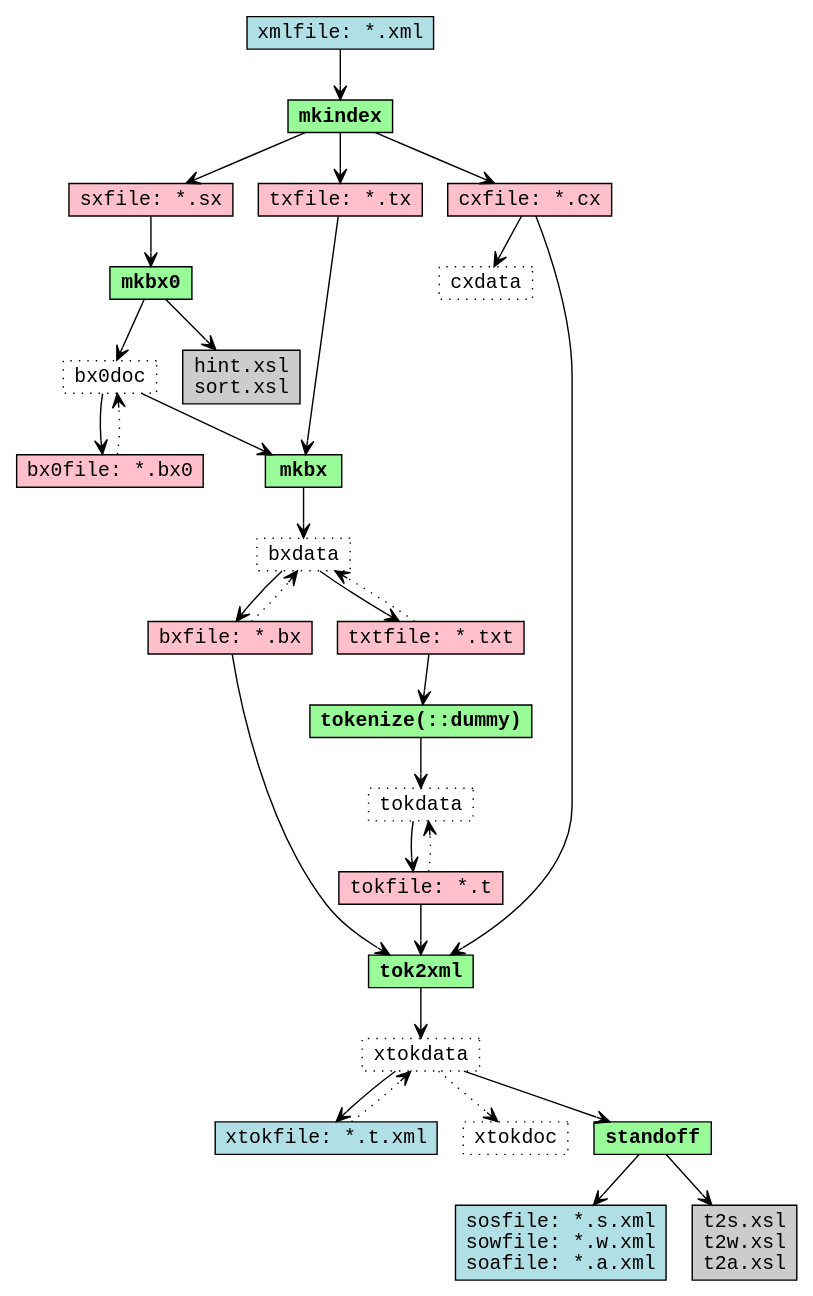
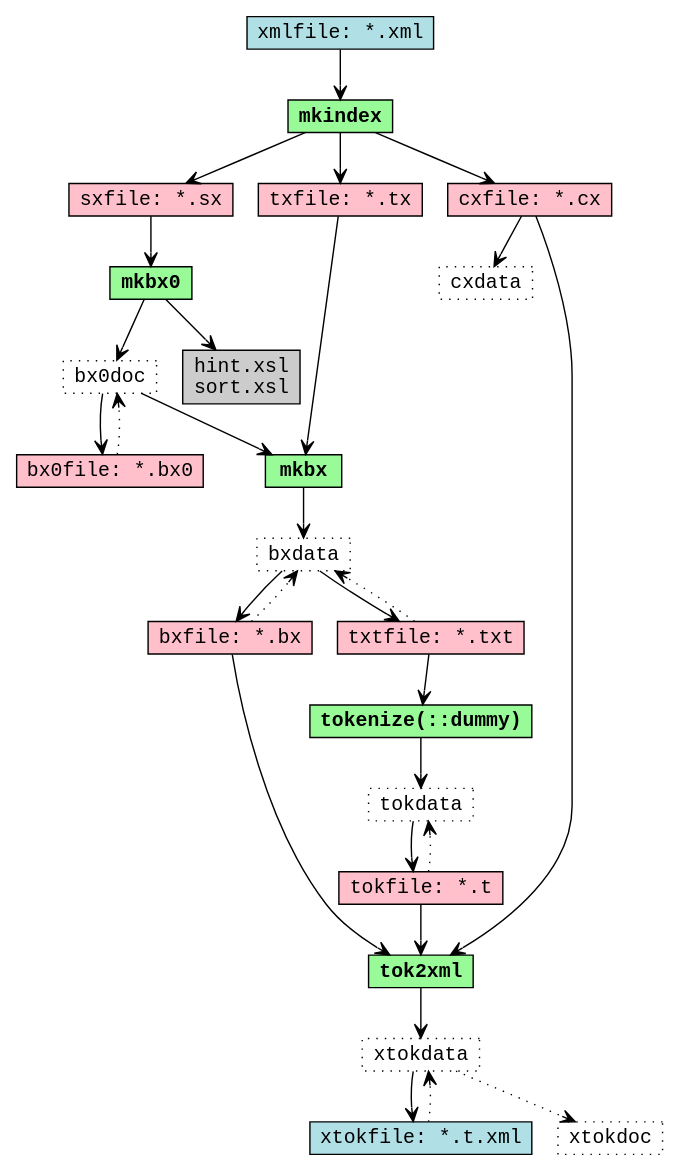
One commit to moocow-the-bovine/dta-tokwrap changed the diagram in doc/dot/dataflow-perl-doc.dot. Above: the diagram before and after it, drawn with Graphviz. The commit also changed 20 other files, not shown here.

```diff
--- a/doc/dot/dataflow-perl-doc.dot
+++ b/doc/dot/dataflow-perl-doc.dot
@@ -1,140 +1,142 @@
 /* -*- Mode: C -*- */
 digraph dataflow_perl_dockeys {
   node [shape=rectangle,style=filled,fillcolor=white,height=0.25,fontname="Courier"];
   edge [decorate=0,arrowhead=open,fontname="Courier"];
 
   xml [label="xmlfile: *.xml",fillcolor=PowderBlue];
 
   mkindex [label="mkindex",fillcolor=PaleGreen,fontname="Courier-Bold"];
   xml -> mkindex;
 
   sxfile [label="sxfile: *.sx",fillcolor=pink];
   txfile [label="txfile: *.tx",fillcolor=pink];
   cxfile [label="cxfile: *.cx",fillcolor=pink];
   mkindex -> cxfile;
   mkindex -> sxfile;
   mkindex -> txfile;
   {rank=same; cxfile sxfile txfile}
 
   cxdata [label="cxdata",style=dotted];
   cxfile -> cxdata;
 
   bx0doc [label="bx0doc",style=dotted];
   mkbx0 [label="mkbx0",fillcolor=PaleGreen,fontname="Courier-Bold"];
   sxfile -> mkbx0;
   mkbx0 -> bx0doc;
 
   bx0_xsl  [label="hint.xsl\nsort.xsl",fillcolor=grey80];
   mkbx0 -> bx0_xsl;
   
   bx0file [label="bx0file: *.bx0",fillcolor=pink];
   bx0doc -> bx0file;
   bx0file -> bx0doc [arrowhead=open,style=dotted];
 
   bxdata [label="bxdata",style=dotted];
   mkbx [label="mkbx",fillcolor=PaleGreen,fontname="Courier-Bold"];
   bx0doc -> mkbx;
   txfile -> mkbx;
   mkbx -> bxdata;
   //{rank=same; bxdata txtfile;}
   //{rank=same; mkbx bxfile;}
 
   bxfile [label="bxfile: *.bx",fillcolor=pink];
   txtfile [label="txtfile: *.txt",fillcolor=pink];
   bxdata -> bxfile;
   bxdata -> txtfile;
   bxfile -> bxdata [arrowhead=open,style=dotted];
   txtfile -> bxdata [arrowhead=open,style=dotted];
   //{rank=same; bxfile txtfile}
 
   tokdata [label="tokdata",style=dotted];
   tokenize [label="tokenize(::dummy)",fillcolor=PaleGreen,fontname="Courier-Bold",justify="left"];
   txtfile -> tokenize;
   tokenize -> tokdata;
 
   tokfile [label="tokfile: *.t",fillcolor=pink];
   tokdata -> tokfile;
   tokfile -> tokdata [arrowhead=open,style=dotted];
   //{rank=same; tokdata tokfile;}
 
   xtokdata [label="xtokdata",style=dotted];
   xtokfile [label="xtokfile: *.t.xml",fillcolor=PowderBlue];
   xtokdata -> xtokfile;
   xtokfile -> xtokdata [arrowhead=open,style=dotted];
 
   xtokdoc  [label="xtokdoc",style=dotted];
   xtokdata -> xtokdoc [arrowhead=open,style=dotted];
   //{rank=same; xtokdata xtokfile;}
 
   //-- old pure-perl tok2xml
   /*
   tok2xml [label="tok2xml",fillcolor=PaleGreen,fontname="Courier-Bold"];
   tokdata -> tok2xml;
   bxdata  -> tok2xml;
   cxdata  -> tok2xml;
   tok2xml -> xtokdata;
   //{rank=same; cxdata tokdata};
   */
 
   //-- tok2xml via c prog
   tok2xml_c[label="tok2xml",fillcolor=PaleGreen,fontname="Courier-Bold"];
   //{rank=same; tok2xml tok2xml_c};
   /*
   //-- input from files ; output to file
   bxfile -> tok2xml_c;
   cxfile -> tok2xml_c;
   tokfile -> tok2xml_c;
   tok2xml_c -> xtokfile;
   */
   //-- input from files ; output to xtokdata
   bxfile -> tok2xml_c;
   cxfile -> tok2xml_c;
   tokfile -> tok2xml_c;
   tok2xml_c -> xtokdata; //xtokfile;
   /* //-- input from files+tokdata ; output to file
   bxfile -> tok2xml_c;
   cxfile -> tok2xml_c;
   tokdata -> tok2xml_c;
   tok2xml_c -> xtokfile;
   */
   
 
+  /*
   //-- standoff via C progs
   standoff [label="standoff",fillcolor=PaleGreen,fontname="Courier-Bold"];
   xtokdata -> standoff;
 
   sofiles [label="sosfile: *.s.xml\nsowfile: *.w.xml\nsoafile: *.a.xml",fillcolor=PowderBlue];
   standoff -> sofiles;
 
   //-- standoff: xsl stylesheets (now obsolete)
   standoff_xsl [label="t2s.xsl\nt2w.xsl\nt2a.xsl",fillcolor=grey80];
   standoff -> standoff_xsl;
+  */
 
   //-- standoff via xsl
   /*
   standoff [label="standoff",fillcolor=PaleGreen,fontname="Courier-Bold"];
   xtokdoc -> standoff;
 
   t2s_xsl [label="t2s.xsl",fillcolor=grey80];
   t2w_xsl [label="t2w.xsl",fillcolor=grey80];
   t2a_xsl [label="t2a.xsl",fillcolor=grey80];
   standoff -> t2s_xsl;
   standoff -> t2w_xsl;
   standoff -> t2a_xsl;
 
   sowdoc [label="sowdoc"];
   standoff -> sowdoc;
   sowfile [label="sowfile: *.w.xml",fillcolor=PowderBlue];
   sowdoc -> sowfile;
   
   sosdoc [label="sosdoc"];
   standoff -> sosdoc;
   sosfile [label="sosfile: *.s.xml",fillcolor=PowderBlue];
   sosdoc -> sosfile;
 
   soadoc [label="soadoc"];
   standoff -> soadoc;
   soafile [label="soafile: *.a.xml",fillcolor=PowderBlue];
   soadoc -> soafile;
   */
 }
```
